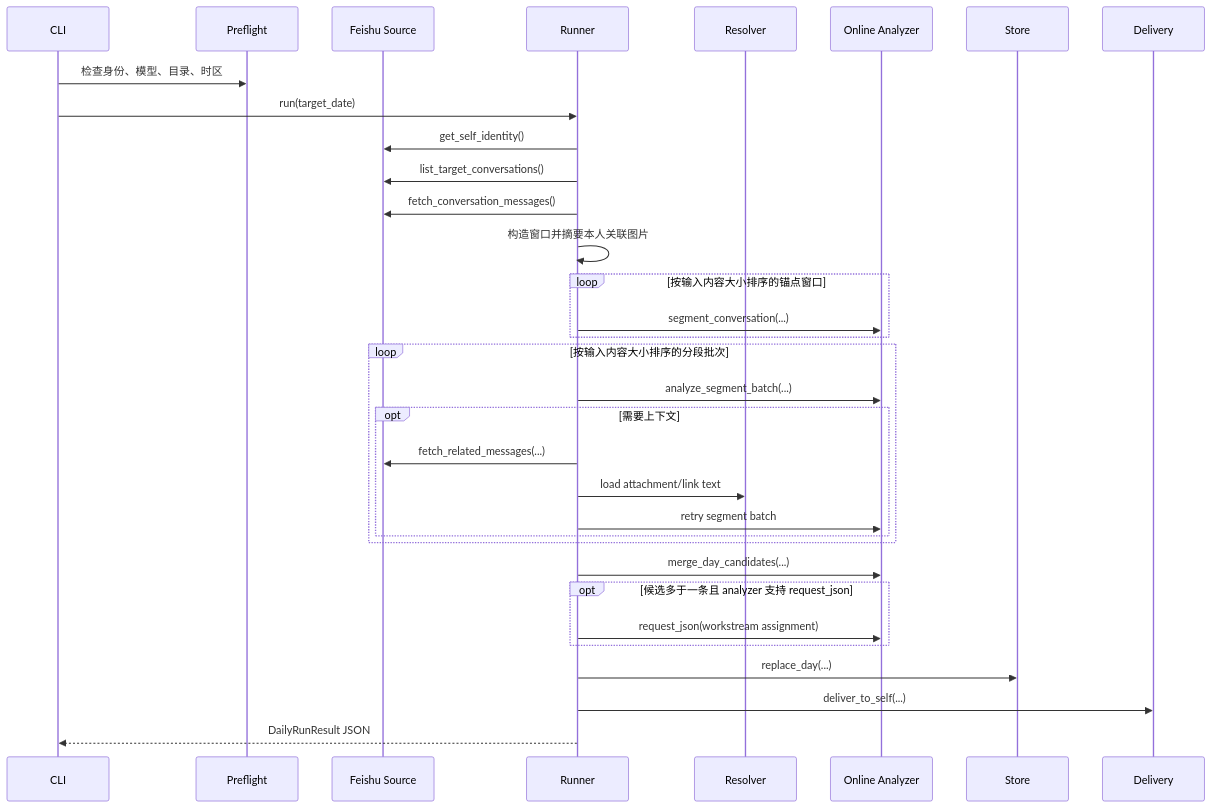
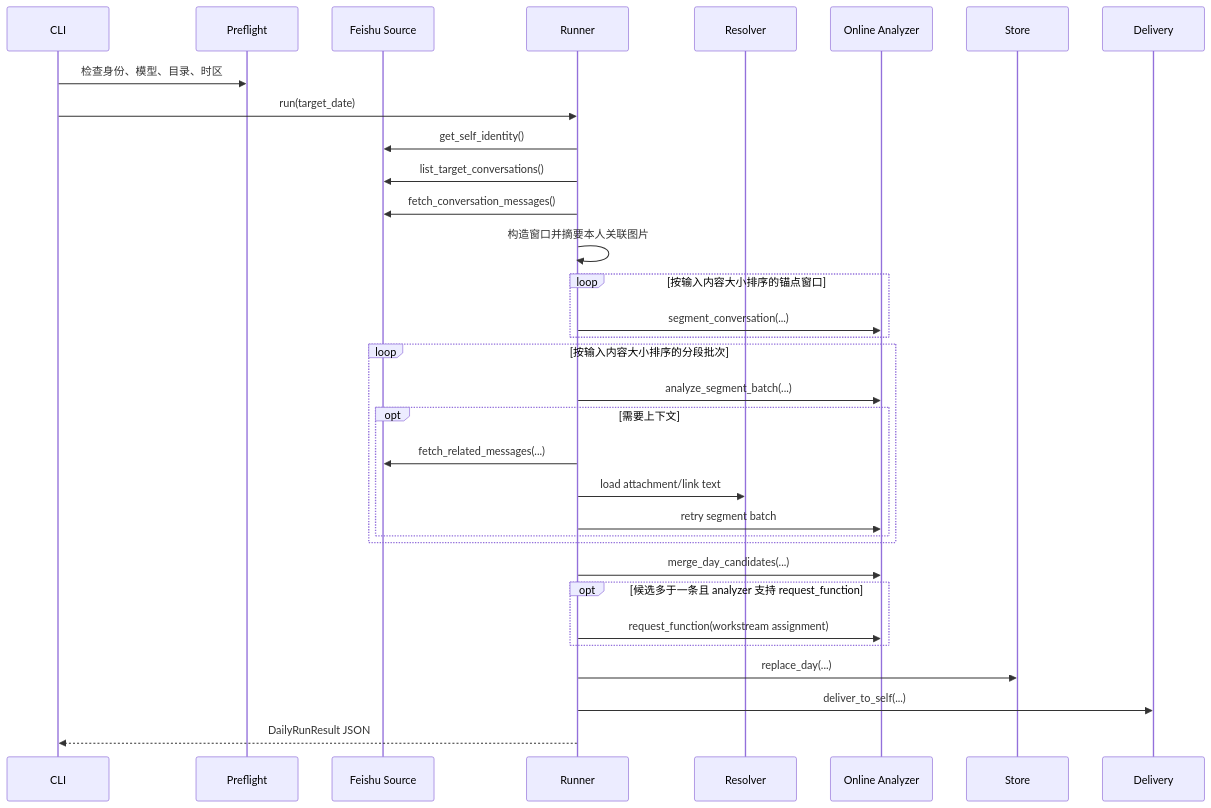
Before and after one commit to sunweisheng/WorkTrace: the second of 4 diagrams in docs/detailed-design.md, drawn with Mermaid. The commit also changed other lines of this file and 46 other files, not shown here.

````diff
--- a/docs/detailed-design.md
+++ b/docs/detailed-design.md
@@ -57,36 +57,36 @@
 ```mermaid
 sequenceDiagram
     participant CLI
     participant Preflight
     participant Source as Feishu Source
     participant Runner
     participant Resolver
     participant LLM as Online Analyzer
     participant Store
     participant Delivery
 
     CLI->>Preflight: 检查身份、模型、目录、时区
     CLI->>Runner: run(target_date)
     Runner->>Source: get_self_identity()
     Runner->>Source: list_target_conversations()
     Runner->>Source: fetch_conversation_messages()
     Runner->>Runner: 构造窗口并摘要本人关联图片
     loop 按输入内容大小排序的锚点窗口
         Runner->>LLM: segment_conversation(...)
     end
     loop 按输入内容大小排序的分段批次
         Runner->>LLM: analyze_segment_batch(...)
         opt 需要上下文
             Runner->>Source: fetch_related_messages(...)
             Runner->>Resolver: load attachment/link text
             Runner->>LLM: retry segment batch
         end
     end
     Runner->>LLM: merge_day_candidates(...)
-    opt 候选多于一条且 analyzer 支持 request_json
-        Runner->>LLM: request_json(workstream assignment)
+    opt 候选多于一条且 analyzer 支持 request_function
+        Runner->>LLM: request_function(workstream assignment)
     end
     Runner->>Store: replace_day(...)
     Runner->>Delivery: deliver_to_self(...)
     Runner-->>CLI: DailyRunResult JSON
 ```
````
